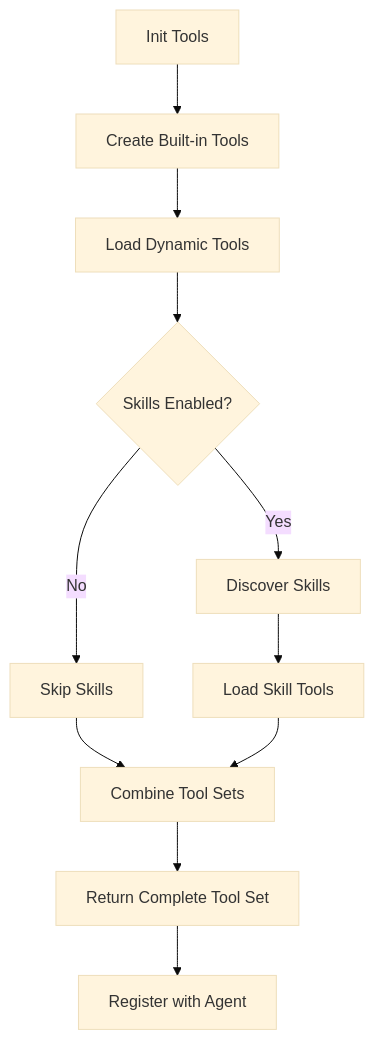
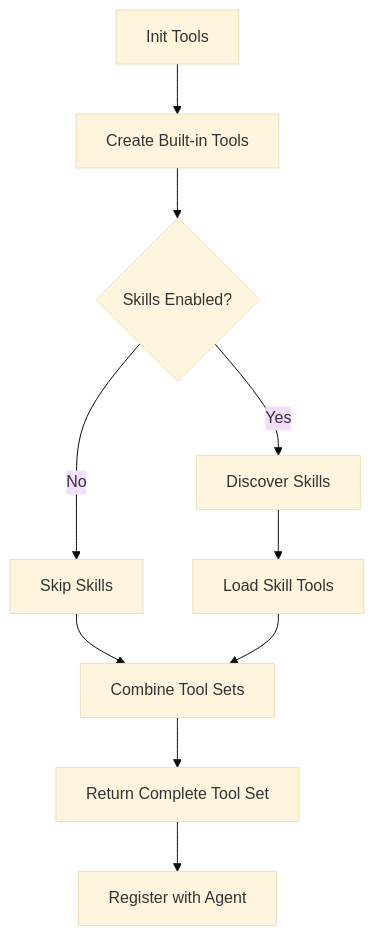
The eighth of 10 diagrams in ARCHITECTURE.md (travisennis/acai-ts), drawn with Mermaid (base theme) before and after one commit. The commit also changed other lines of this file and 1 other file, not shown here.

Commit message:
docs: remove dynamic tools documentation

````diff
--- a/ARCHITECTURE.md
+++ b/ARCHITECTURE.md
@@ -745,16 +735,15 @@
 ```mermaid
 flowchart TD
     A[Init Tools] --> B[Create Built-in Tools]
-    B --> C[Load Dynamic Tools]
-    C --> D{Skills Enabled?}
+    B --> C{Skills Enabled?}
     
-    D -->|Yes| E[Discover Skills]
-    D -->|No| F[Skip Skills]
+    C -->|Yes| D[Discover Skills]
+    C -->|No| E[Skip Skills]
     
-    E --> G[Load Skill Tools]
-    F --> H[Combine Tool Sets]
-    G --> H
+    D --> F[Load Skill Tools]
+    E --> G[Combine Tool Sets]
+    F --> G
     
-    H --> I[Return Complete Tool Set]
-    I --> J[Register with Agent]
+    G --> H[Return Complete Tool Set]
+    H --> I[Register with Agent]
 ```
````
